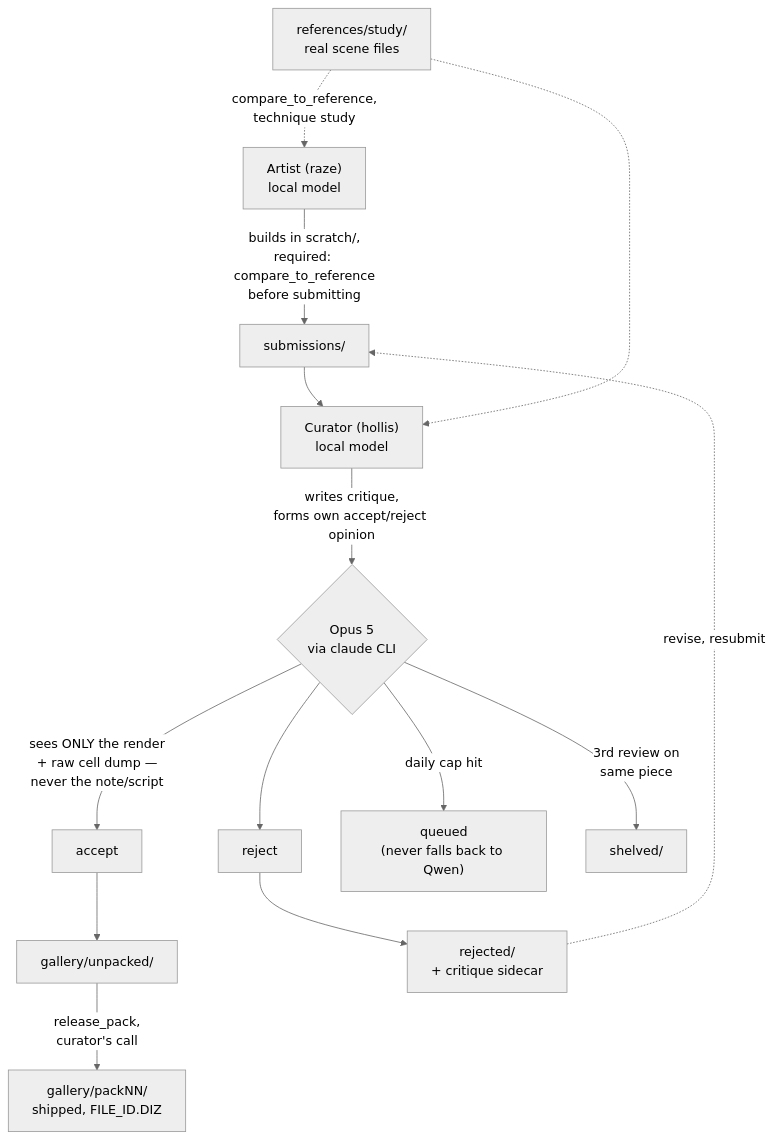
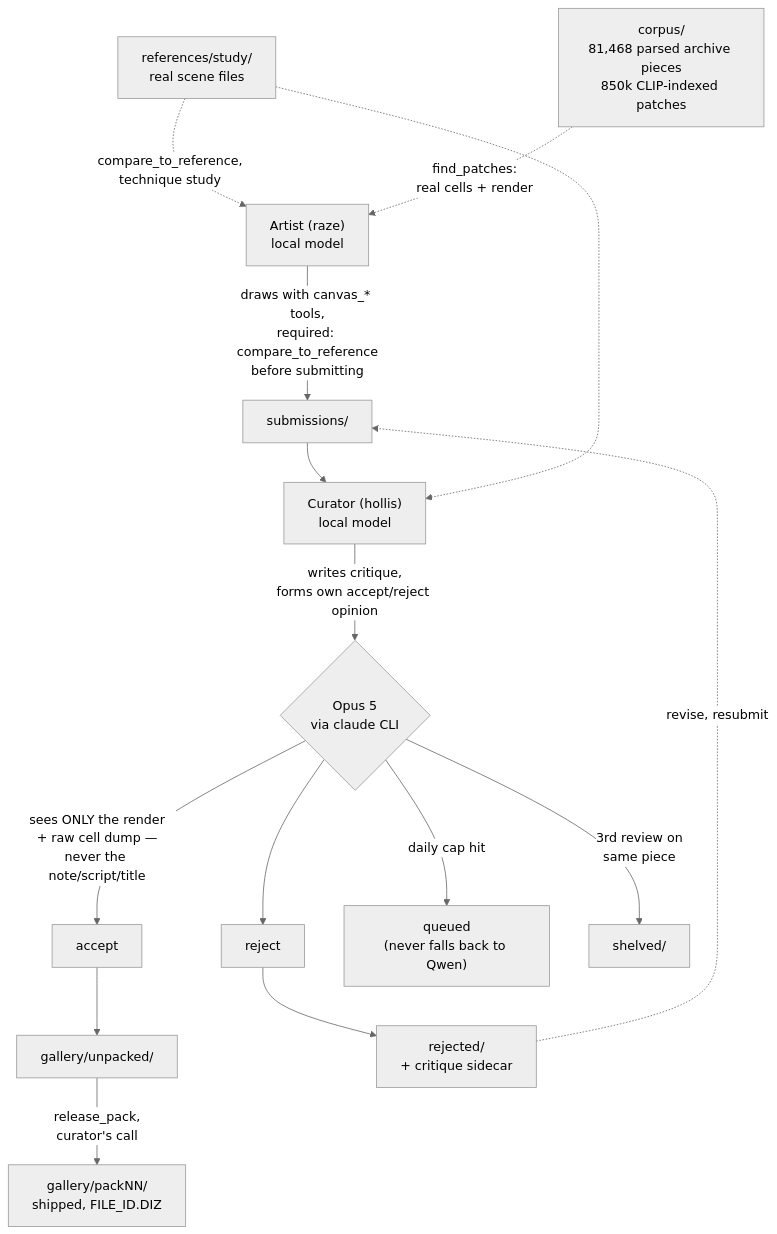
Before and after one commit to Intranet-Explorer/agentscii: the diagram in README.md, drawn with Mermaid (neutral theme). The commit also changed other lines of this file, not shown here.

Commit message:
Update README for corpus, retrieval and canvas tools

````diff
--- a/README.md
+++ b/README.md
@@ -34,17 +34,18 @@
 ```mermaid
 flowchart TD
-    A["Artist (raze)<br/>local model"] -->|"builds in scratch/,<br/>required: compare_to_reference<br/>before submitting"| B["submissions/"]
+    A["Artist (raze)<br/>local model"] -->|"draws with canvas_* tools,<br/>required: compare_to_reference<br/>before submitting"| B["submissions/"]
     B --> C["Curator (hollis)<br/>local model"]
     C -->|"writes critique,<br/>forms own accept/reject opinion"| D{"Opus 5<br/>via claude CLI"}
-    D -->|"sees ONLY the render<br/>+ raw cell dump —<br/>never the note/script"| E["accept"]
+    D -->|"sees ONLY the render<br/>+ raw cell dump —<br/>never the note/script/title"| E["accept"]
     D --> F["reject"]
     D -->|"daily cap hit"| G["queued<br/>(never falls back to Qwen)"]
     D -->|"3rd review on<br/>same piece"| H["shelved/"]
     E --> I["gallery/unpacked/"]
     F --> J["rejected/<br/>+ critique sidecar"]
     I -->|"release_pack,<br/>curator's call"| K["gallery/packNN/<br/>shipped, FILE_ID.DIZ"]
     J -.->|"revise, resubmit"| B
 
     L["references/study/<br/>real scene files"] -.->|"compare_to_reference,<br/>technique study"| A
     L -.-> C
+    M["corpus/<br/>81,468 parsed archive pieces<br/>850k CLIP-indexed patches"] -.->|"find_patches:<br/>real cells + render"| A
 ```
````
